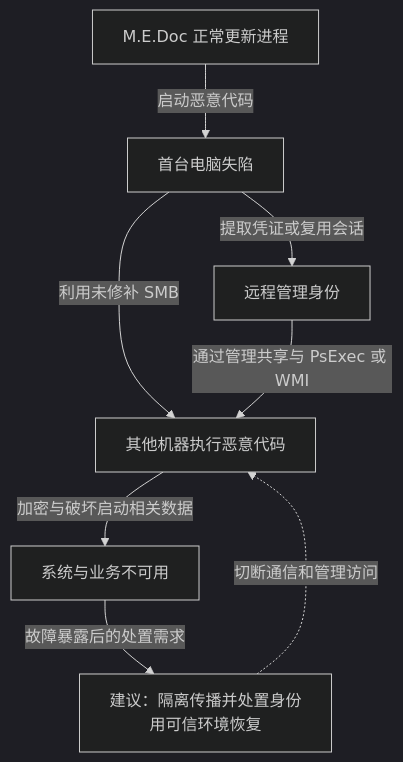
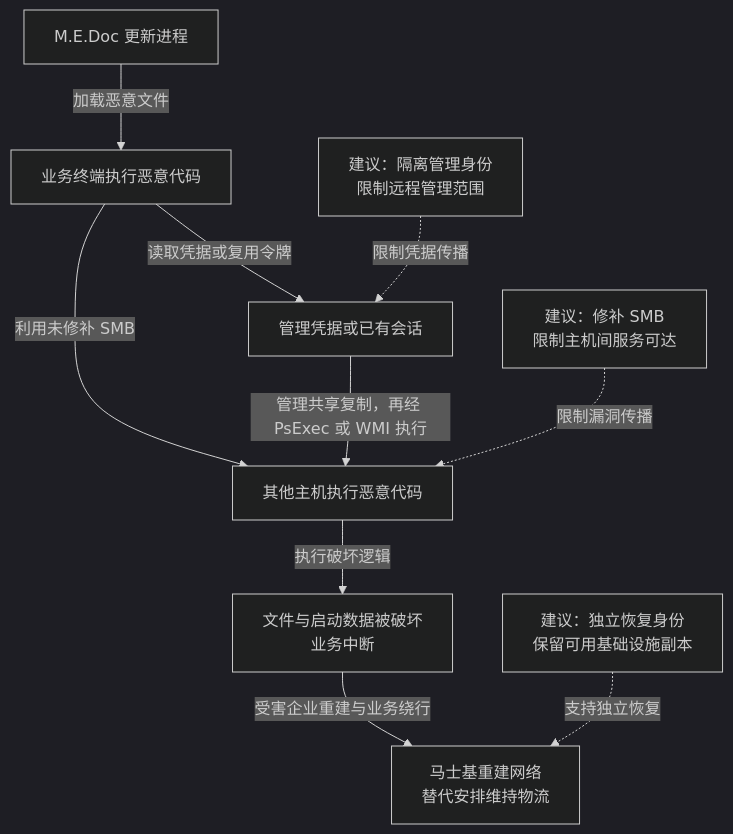
Before and after one commit to FeeiCN/FEEI.CN: the diagram in docs/01-网络安全/01-网络空间安全/01-安全威胁/01-历史攻击事件/2017-NotPetya供应链与破坏事件分析.md, drawn with Mermaid (dark theme). The commit also changed other lines of this file and 21 other files, not shown here.

````diff
--- a/docs/01-网络安全/01-网络空间安全/01-安全威胁/01-历史攻击事件/2017-NotPetya供应链与破坏事件分析.md
+++ b/docs/01-网络安全/01-网络空间安全/01-安全威胁/01-历史攻击事件/2017-NotPetya供应链与破坏事件分析.md
@@ -25,14 +35,26 @@
 ```mermaid
 flowchart TB
-  accTitle: 漏洞与有效凭证是两条扩散路径
-  accDescr: 部分感染由 M.E.Doc 更新进程执行恶意代码开始。恶意代码可以借管理凭证和远程管理工具扩散，也可以利用未修补 SMB。发现破坏后需隔离网络、处置身份并独立恢复，单独补丁覆盖不了凭证路径。
-  a["M.E.Doc 正常更新进程"] -->|启动恶意代码| b["首台电脑失陷"]
-  b -->|提取凭证或复用会话| c["远程管理身份"]
-  b -->|利用未修补 SMB| d["其他机器执行恶意代码"]
-  c -->|通过管理共享与 PsExec 或 WMI| d
-  d -->|加密与破坏启动相关数据| e["系统与业务不可用"]
-  e -->|故障暴露后的处置需求| r["建议：隔离传播并处置身份<br/>用可信环境恢复"]
-  r -. 切断通信和管理访问 .-> d
-  class b,c,d main
-  class r response
+  accTitle: NotPetya 的更新入口与并行扩散
+  accDescr: M.E.Doc 更新进程启动恶意代码，攻击者通过 SMB 漏洞或有效管理凭据在其他主机执行，造成数据破坏。马士基回顾了系统重建与物流绕行；虚线连接本文建议。
+  update["M.E.Doc 更新进程"]
+  host["业务终端执行恶意代码"]
+  identity["管理凭据或已有会话"]
+  remote["其他主机执行恶意代码"]
+  damage["文件与启动数据被破坏<br/>业务中断"]
+  recover["马士基重建网络<br/>替代安排维持物流"]
+  patch["建议：修补 SMB<br/>限制主机间服务可达"]
+  admin["建议：隔离管理身份<br/>限制远程管理范围"]
+  backup["建议：独立恢复身份<br/>保留可用基础设施副本"]
+  update -->|加载恶意文件| host
+  host -->|利用未修补 SMB| remote
+  host -->|读取凭据或复用令牌| identity
+  identity -->|管理共享复制，再经 PsExec 或 WMI 执行| remote
+  remote -->|执行破坏逻辑| damage
+  damage -->|受害企业重建与业务绕行| recover
+  patch -. 限制漏洞传播 .-> remote
+  admin -. 限制凭据传播 .-> identity
+  backup -. 支持独立恢复 .-> recover
+  class host,identity,remote,damage main
+  class recover response
+  class patch,admin,backup note
 ```
````
